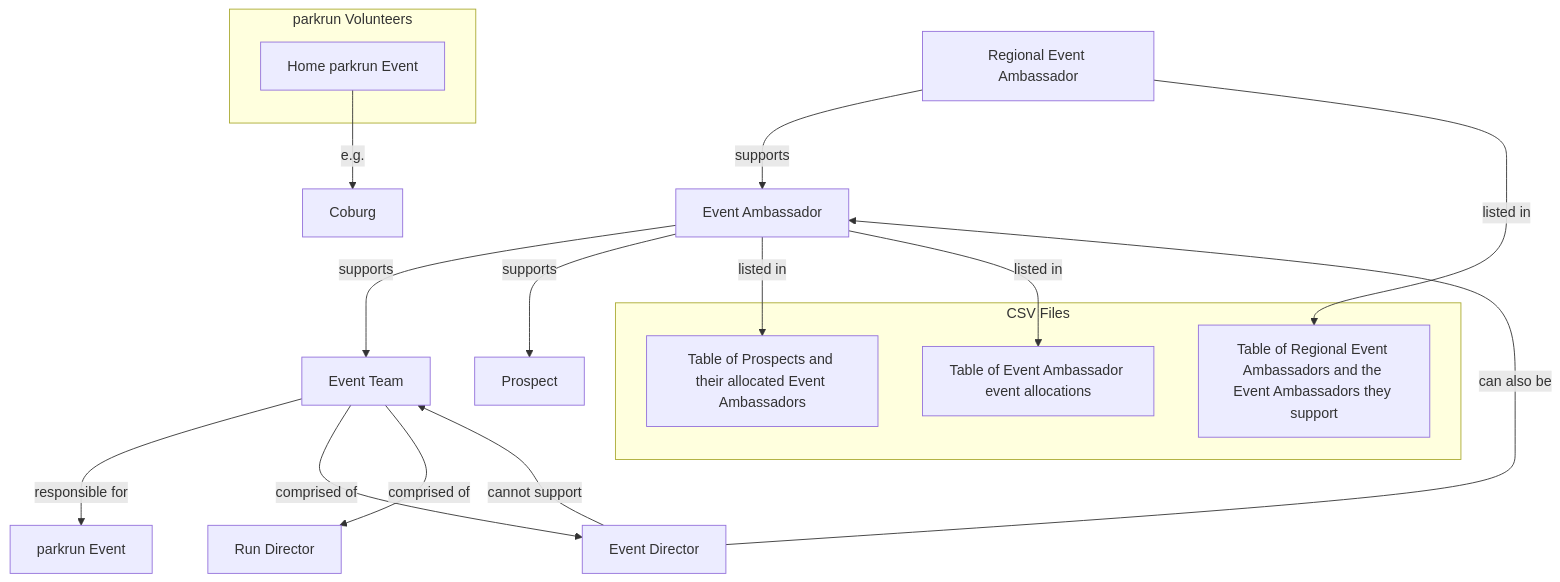
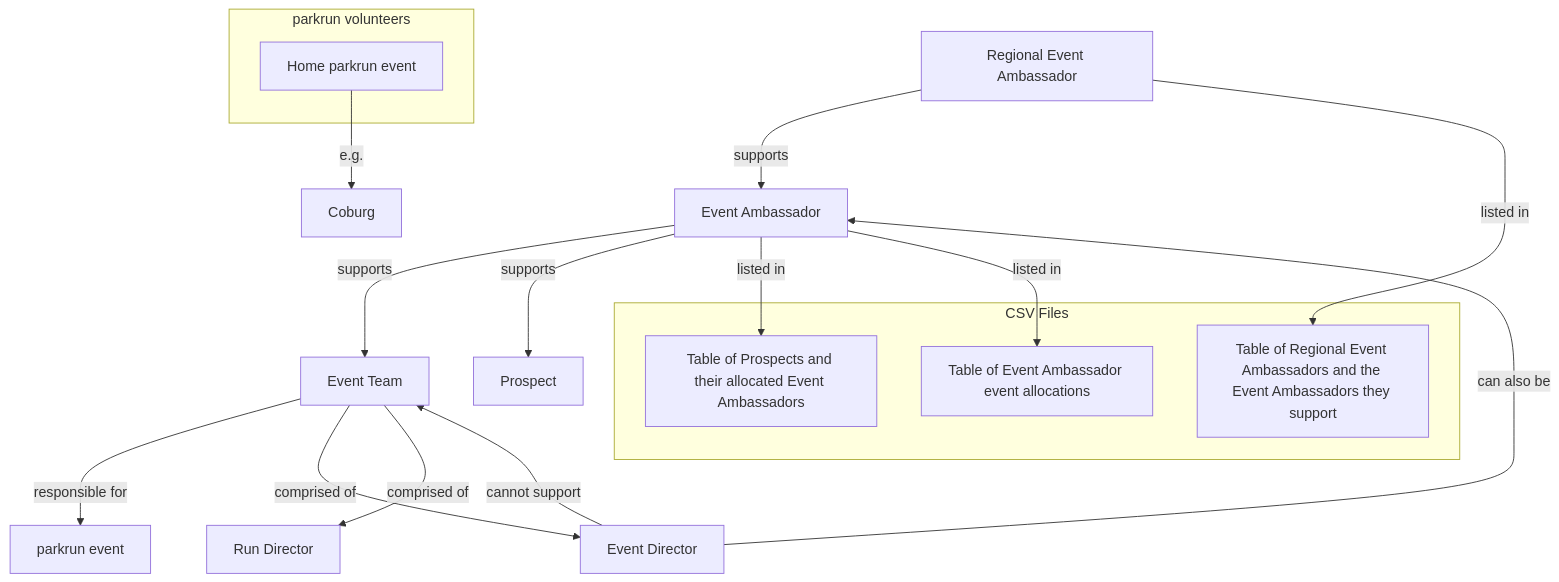
Before and after one commit to johnsyweb/ambassy: the diagram in README.md, drawn with Mermaid. The commit also changed other lines of this file and 16 other files, not shown here.

````diff
--- a/README.md
+++ b/README.md
@@ -20,27 +20,27 @@
 ```mermaid
 graph TD
     REA[Regional Event Ambassador] -->|supports| EA[Event Ambassador]
     EA -->|supports| ET[Event Team]
-    ET -->|responsible for| PE[parkrun Event]
+    ET -->|responsible for| PE[parkrun event]
     ET -->|comprised of| ED[Event Director]
     ET -->|comprised of| RD[Run Director]
     EA -->|supports| P[Prospect]
 
     subgraph CSV Files
         CSV1[Table of Prospects and their allocated Event Ambassadors]
         CSV2[Table of Event Ambassador event allocations]
         CSV3[Table of Regional Event Ambassadors and the Event Ambassadors they support]
     end
 
     REA -->|listed in| CSV3
     EA -->|listed in| CSV1
     EA -->|listed in| CSV2
 
-    subgraph parkrun Volunteers
-        PV1[Home parkrun Event]
+    subgraph vol[parkrun volunteers]
+        PV1[Home parkrun event]
     end
 
     PV1 -->|e.g.| Coburg
     ED -->|can also be| EA
     ED -->|cannot support| ET
 ```
````
